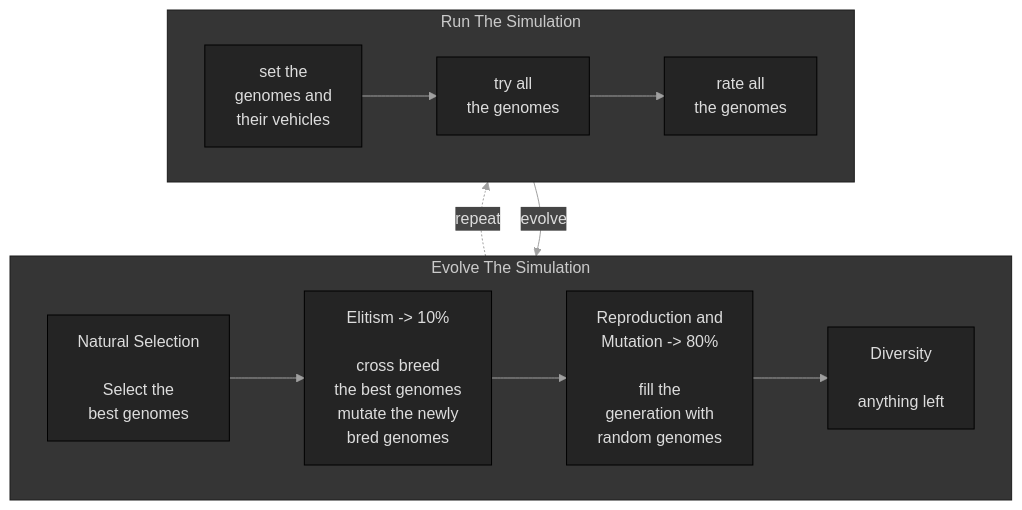
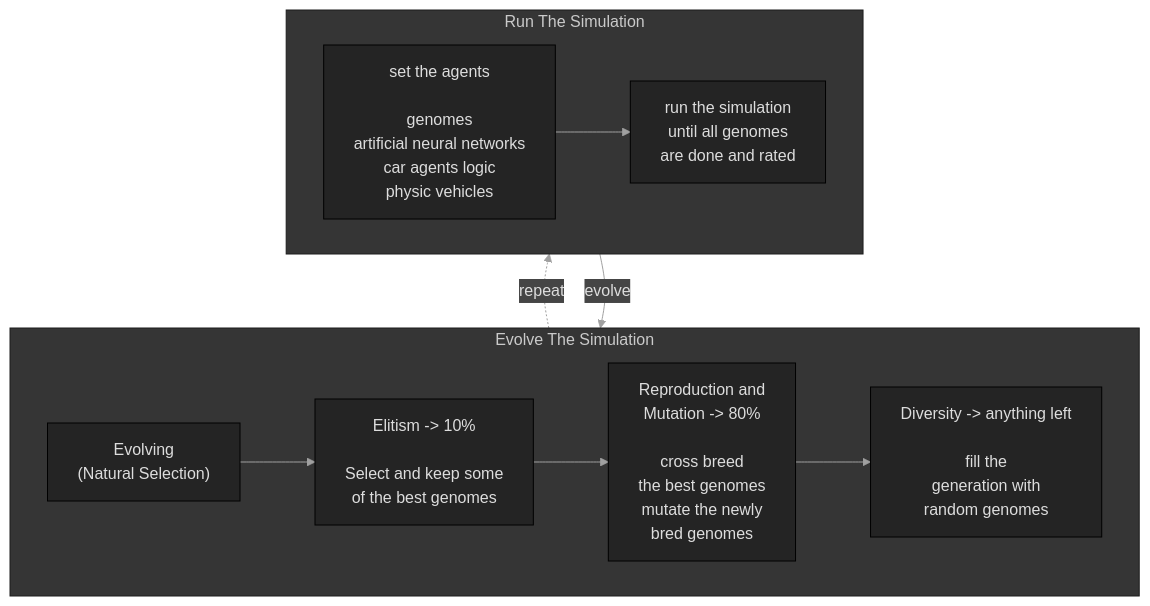
One commit to GuillaumeBouchetEpitech/self-learning-3d-cars changed the first of 4 diagrams in README.md. Above: the diagram before and after it, drawn with Mermaid. The commit also changed other lines of this file and 21 other files, not shown here.

````diff
--- a/README.md
+++ b/README.md
@@ -17,70 +17,80 @@
 ```mermaid
 
 %%{
   init: {
     'theme': 'base',
     'themeVariables': {
       'primaryColor': '#242424',
       'primaryTextColor': '#DDD',
       'primaryBorderColor': '#000',
       'lineColor': '#A0A0A0',
       'secondaryColor': '#454545',
       'tertiaryColor': '#353535'
     }
   }
 }%%
 
   flowchart BT
 
     subgraph simulation [Run The Simulation]
 
       direction LR
 
-      run1[set the<br>genomes and<br>their vehicles]
-      run2[try all<br>the genomes]
-      run3[rate all<br>the genomes]
+      run1["
+        set the agents
 
-      run1 --> run2 --> run3
+        genomes
+        artificial neural networks
+        car agents logic
+        physic vehicles
+      "]
+      run2["
+        run the simulation
+        until all genomes
+        are done and rated
+      "]
+
+      run1 --> run2
 
     end
 
     subgraph evolution [Evolve The Simulation]
 
       direction LR
 
       evo1["
-      Natural Selection
-
-      Select the
-      best genomes
+        Evolving
+        (Natural Selection)
       "]
       evo2["
-      Elitism -> 10%
+        Elitism -> 10%
 
-      cross breed
-      the best genomes
-      mutate the newly
-      bred genomes
+        Select and keep some
+        of the best genomes
       "]
       evo3["
-      Reproduction and
-      Mutation -> 80%
+        Reproduction and
+        Mutation -> 80%
 
-      fill the
-      generation with
-      random genomes
+        cross breed
+        the best genomes
+        mutate the newly
+        bred genomes
       "]
       evo4["
-      Diversity
+        Diversity -> anything left
 
-      anything left"]
+        fill the
+        generation with
+        random genomes
+      "]
 
       evo1 --> evo2 --> evo3 --> evo4
 
     end
 
     simulation -- evolve --> evolution
     evolution -. repeat .-> simulation
 
 
 ```
````
